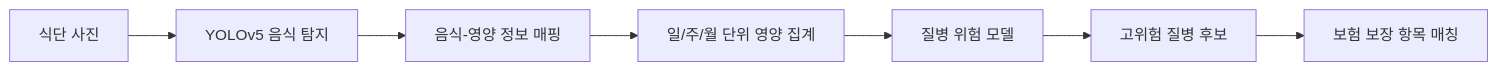
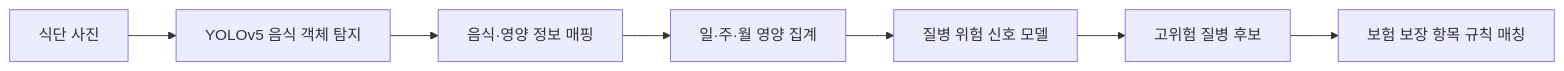
Before and after one commit to scnelMG/EveryHI-food-risk-insurance: the diagram in README.md, drawn with Mermaid. The commit also changed other lines of this file and 20 other files, not shown here.

````diff
--- a/README.md
+++ b/README.md
@@ -61,9 +47,9 @@
 ```mermaid
 flowchart LR
-    A["식단 사진"] --> B["YOLOv5 음식 탐지"]
-    B --> C["음식-영양 정보 매핑"]
-    C --> D["일/주/월 단위 영양 집계"]
-    D --> E["질병 위험 모델"]
+    A["식단 사진"] --> B["YOLOv5 음식 객체 탐지"]
+    B --> C["음식·영양 정보 매핑"]
+    C --> D["일·주·월 영양 집계"]
+    D --> E["질병 위험 신호 모델"]
     E --> F["고위험 질병 후보"]
-    F --> G["보험 보장 항목 매칭"]
+    F --> G["보험 보장 항목 규칙 매칭"]
 ```
````
